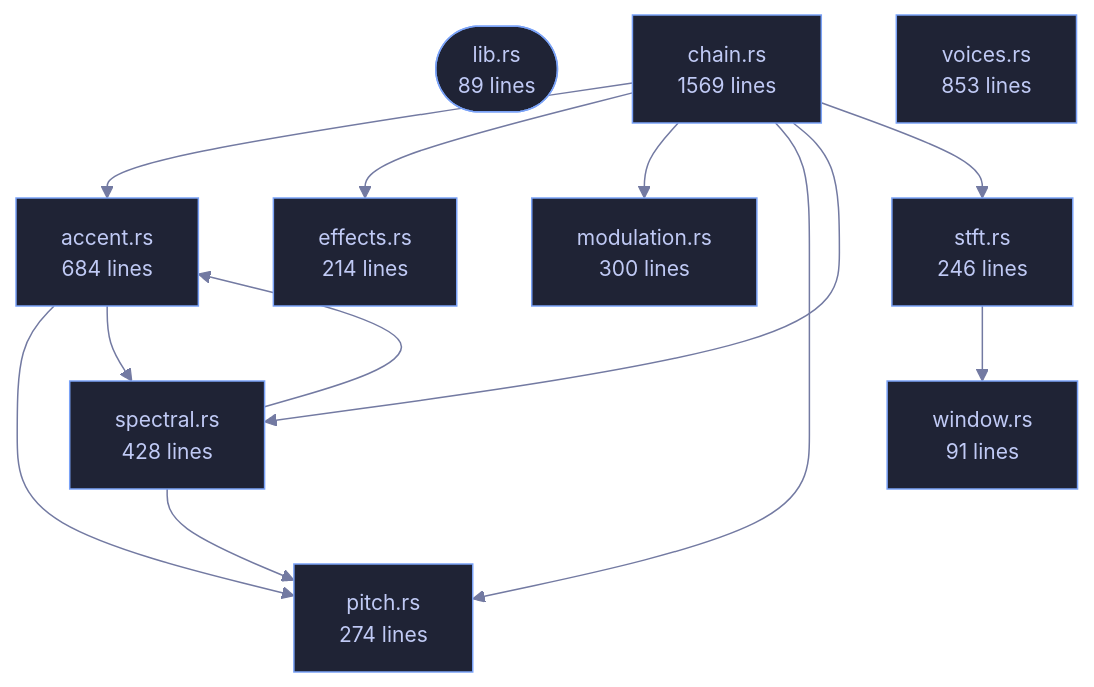
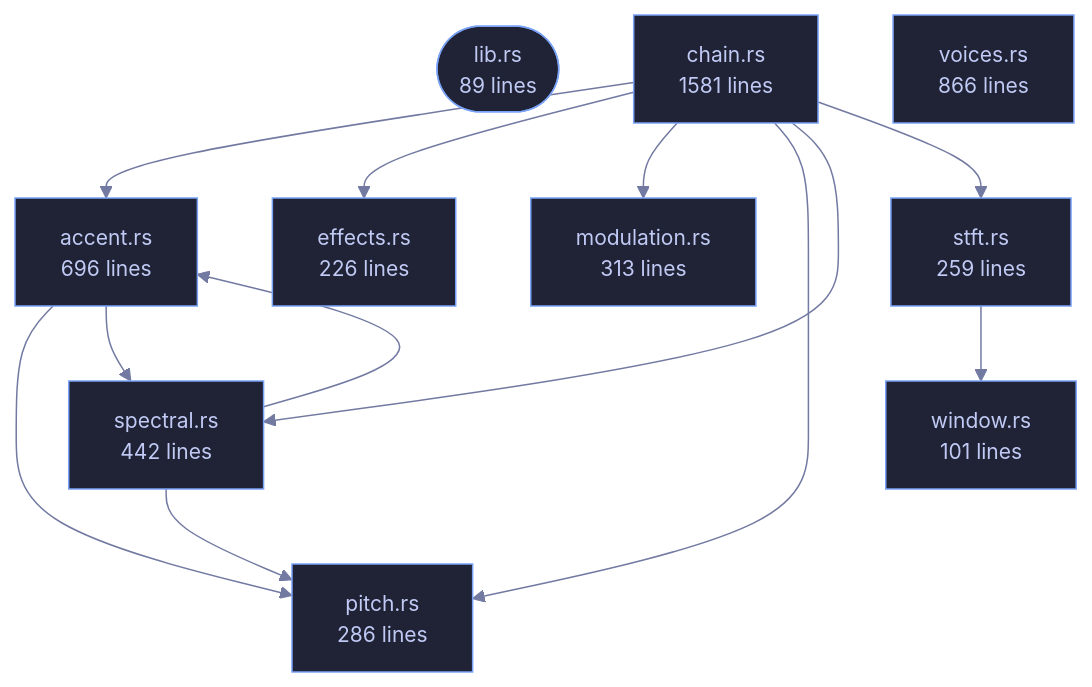
One commit to tilas01/veilvoice changed the diagram in crates/veilvoice-core/README.md. Above: the diagram before and after it, drawn with Mermaid. The commit also changed other lines of this file and 487 other files, not shown here.

````diff
--- a/crates/veilvoice-core/README.md
+++ b/crates/veilvoice-core/README.md
@@ -105,35 +105,35 @@
 ```mermaid
 %%{init: {"theme":"base","themeVariables":{"background":"#1a1b26","primaryColor":"#1f2335","primaryTextColor":"#c0caf5","primaryBorderColor":"#7aa2f7","secondaryColor":"#16161e","tertiaryColor":"#16161e","lineColor":"#737aa2","textColor":"#c0caf5","mainBkg":"#1f2335","nodeBorder":"#7aa2f7","clusterBkg":"#16161e","clusterBorder":"#2f3549","fontFamily":"ui-monospace, SFMono-Regular, Consolas, monospace","fontSize":"14px"}}}%%
 flowchart TD
     n_lib(["lib.rs<br/>89 lines"])
-    n_accent["accent.rs<br/>684 lines"]
-    n_chain["chain.rs<br/>1569 lines"]
-    n_effects["effects.rs<br/>214 lines"]
-    n_modulation["modulation.rs<br/>300 lines"]
-    n_pitch["pitch.rs<br/>274 lines"]
-    n_spectral["spectral.rs<br/>428 lines"]
-    n_stft["stft.rs<br/>246 lines"]
-    n_voices["voices.rs<br/>853 lines"]
-    n_window["window.rs<br/>91 lines"]
+    n_accent["accent.rs<br/>696 lines"]
+    n_chain["chain.rs<br/>1581 lines"]
+    n_effects["effects.rs<br/>226 lines"]
+    n_modulation["modulation.rs<br/>313 lines"]
+    n_pitch["pitch.rs<br/>286 lines"]
+    n_spectral["spectral.rs<br/>442 lines"]
+    n_stft["stft.rs<br/>259 lines"]
+    n_voices["voices.rs<br/>866 lines"]
+    n_window["window.rs<br/>101 lines"]
     n_accent --> n_pitch
     n_accent --> n_spectral
     n_chain --> n_accent
     n_chain --> n_effects
     n_chain --> n_modulation
     n_chain --> n_pitch
     n_chain --> n_spectral
     n_chain --> n_stft
     n_spectral --> n_accent
     n_spectral --> n_pitch
     n_stft --> n_window
     click n_lib href "https://github.com/tilas01/veilvoice/blob/main/crates/veilvoice-core/src/lib.rs" "open the source"
     click n_accent href "https://github.com/tilas01/veilvoice/blob/main/crates/veilvoice-core/src/accent.rs" "open the source"
     click n_chain href "https://github.com/tilas01/veilvoice/blob/main/crates/veilvoice-core/src/chain.rs" "open the source"
     click n_effects href "https://github.com/tilas01/veilvoice/blob/main/crates/veilvoice-core/src/effects.rs" "open the source"
     click n_modulation href "https://github.com/tilas01/veilvoice/blob/main/crates/veilvoice-core/src/modulation.rs" "open the source"
     click n_pitch href "https://github.com/tilas01/veilvoice/blob/main/crates/veilvoice-core/src/pitch.rs" "open the source"
     click n_spectral href "https://github.com/tilas01/veilvoice/blob/main/crates/veilvoice-core/src/spectral.rs" "open the source"
     click n_stft href "https://github.com/tilas01/veilvoice/blob/main/crates/veilvoice-core/src/stft.rs" "open the source"
     click n_voices href "https://github.com/tilas01/veilvoice/blob/main/crates/veilvoice-core/src/voices.rs" "open the source"
     click n_window href "https://github.com/tilas01/veilvoice/blob/main/crates/veilvoice-core/src/window.rs" "open the source"
 ```
````
